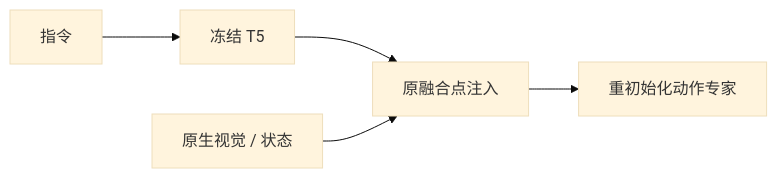
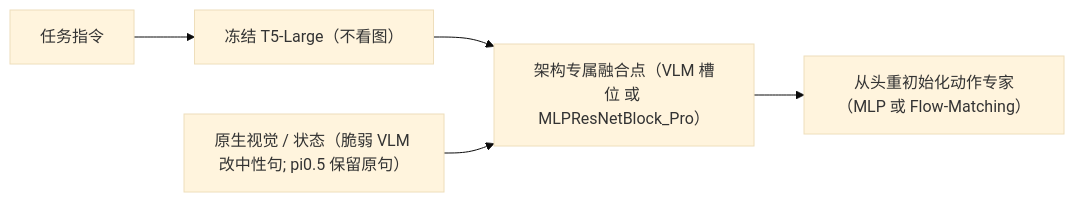
Before and after one commit to ImChong/Robotics_Notebooks: the first of 2 diagrams in wiki/entities/paper-gsr-paravla.md, drawn with Mermaid (base theme). The commit also changed other lines of this file and 192 other files, not shown here.

Commit message:
[2026-11-14] ingest | roadmap/depth-vla.md — 补齐 VLA 纵深路线全部节点原文证据与满分健康度

````diff
--- a/wiki/entities/paper-gsr-paravla.md
+++ b/wiki/entities/paper-gsr-paravla.md
@@ -64,10 +74,10 @@
 ```mermaid
 flowchart LR
-  inst["指令"]
-  t5["冻结 T5"]
-  vis["原生视觉 / 状态"]
-  fuse["原融合点注入"]
-  act["重初始化动作专家"]
+  inst["任务指令"]
+  t5["冻结 T5-Large（不看图）"]
+  native["原生视觉 / 状态（脆弱 VLM 改中性句; pi0.5 保留原句）"]
+  fuse["架构专属融合点（VLM 槽位 或 MLPResNetBlock_Pro）"]
+  act["从头重初始化动作专家（MLP 或 Flow-Matching）"]
   inst --> t5 --> fuse
-  vis --> fuse --> act
+  native --> fuse --> act
 ```
````
